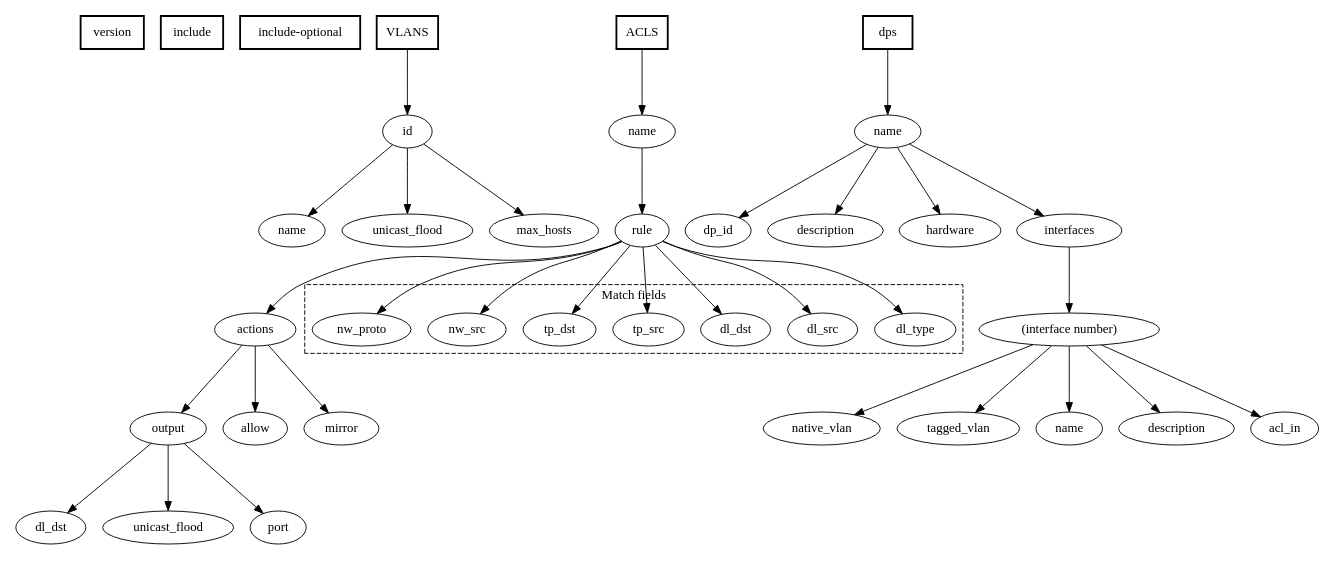
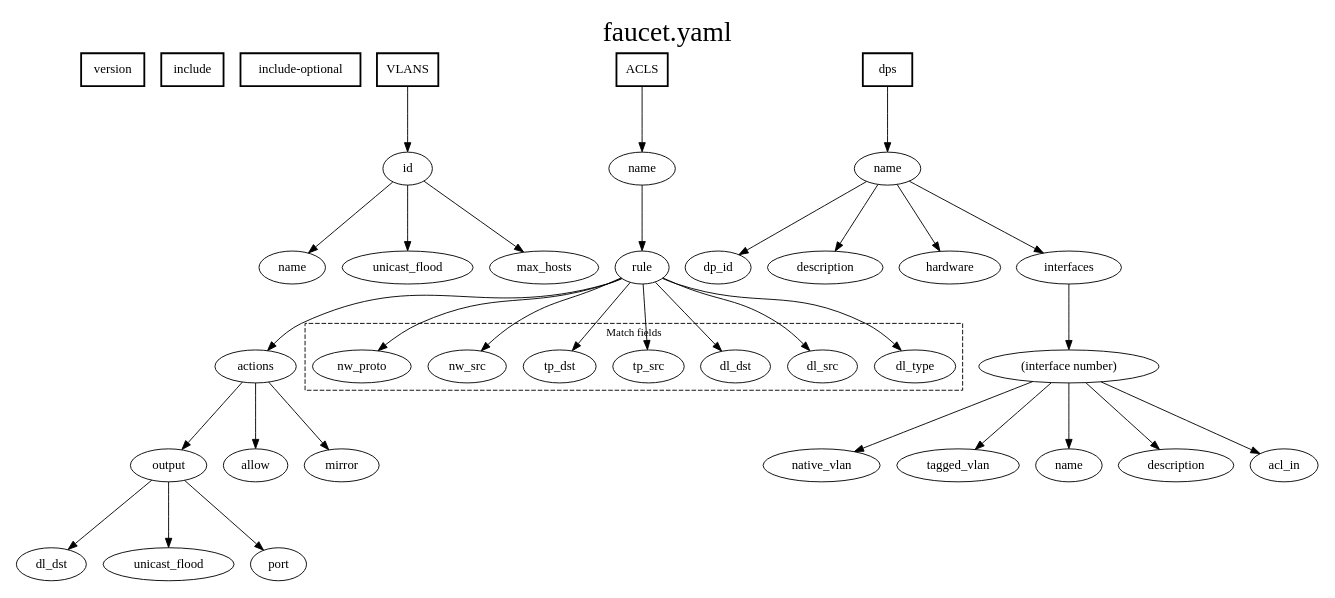
Before and after one commit to faucetsdn/faucet: the diagram in src/docs/faucet_yaml.dot, drawn with Graphviz. The commit also changed 1 other file, not shown here.

Commit message:
added title to the graph

```diff
--- a/src/docs/faucet_yaml.dot
+++ b/src/docs/faucet_yaml.dot
@@ -1,72 +1,73 @@
 // faucet.yaml config file - dot format for visual representation
 /** @author: shivaram.mysore@gmail.com **/
 
-digraph faucet {
+digraph {
+  graph [label="faucet.yaml", labelloc=t, fontsize=30];
   ranksep = 1;  size = "11,8.5";
 
   /** version info.  Only value supported is 2 **/
   version [shape = box; style = bold];
  
   /** include yaml files **/
   include [shape = box; style = bold];
 
   /** include optional yaml files to augment existing elements **/
   include_optional [label="include-optional"; shape = box; style = bold];
   include_optional;
 
   /** VLANs **/
   VLANS [shape = box; style = bold];
   VLANS -> id;
   id_name [label = "name"]
   id -> id_name;
   id -> unicast_flood;
   id -> max_hosts;
 
 
   /**  ACLs **/
   ACLS [shape = box; style = bold];
   acls_name [label = "name"]
   ACLS -> acls_name -> rule -> actions;
 
   /** Match Actions rules ACLs **/
   rule -> dl_type;
   rule -> dl_src;
   rule -> dl_dst;
   rule -> tp_src;
   rule -> tp_dst;
   rule -> nw_src;
   rule -> nw_proto;
 
-  subgraph "cluster_match_fields" { label = "Match fields"; style = dashed; dl_type; dl_src; dl_dst; tp_src; tp_dst; nw_src; nw_proto; }
+  subgraph "cluster_match_fields" { label = "Match fields"; style = dashed; fontsize=12; dl_type; dl_src; dl_dst; tp_src; tp_dst; nw_src; nw_proto; }
 
   /** Match Actions for ACLs **/
   actions -> output;
   actions -> allow;
   actions -> mirror;
 
   action_out_dl_dst [label = "dl_dst"]
   output -> action_out_dl_dst;
   action_out_uni_flood [label = "unicast_flood"]
   output -> action_out_uni_flood;
   output -> port;
 
   /** Datapaths **/
   dps [shape = box; style = bold];
   dps_name [label = "name"]
   dps -> dps_name;
 
   dps_name -> dp_id;
   dps_name -> description;
   dps_name -> hardware;
   interface_number [label = "(interface number)"]
   dps_name -> interfaces -> interface_number;
 
   interface_number -> native_vlan;
   interface_number -> tagged_vlan;
   interface_number_name [label = "name"]
   interface_number -> interface_number_name;
   interface_number_description [label = "description"]
   interface_number -> interface_number_description;
   interface_number -> acl_in;
 
 }
```
